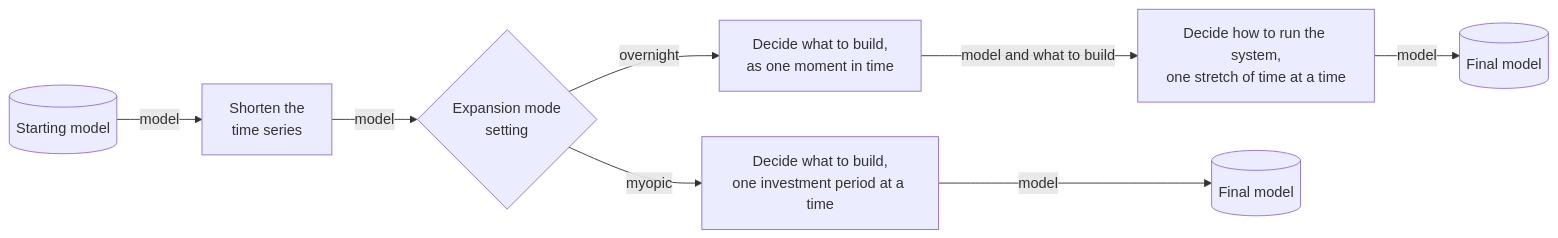
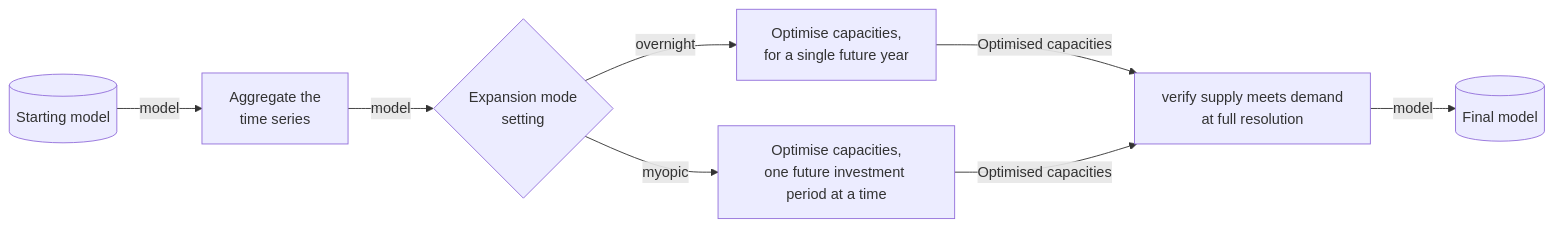
Before and after one commit to manta-plan/manta: the first of 2 diagrams in docs/user-guide/playbooks.md, drawn with Mermaid. The commit also changed other lines of this file and 6 other files, not shown here.

````diff
--- a/docs/user-guide/playbooks.md
+++ b/docs/user-guide/playbooks.md
@@ -20,10 +20,10 @@
 ```mermaid
 flowchart LR
-    start[("Starting model")] -- model --> cluster["Shorten the<br/>time series"]
+    start[("Starting model")] -- model --> cluster["Aggregate the<br/>time series"]
     cluster -- model --> mode{"Expansion mode<br/>setting"}
-    mode -- overnight --> overnight["Decide what to build,<br/>as one moment in time"]
-    mode -- myopic --> myopic["Decide what to build,<br/>one investment period at a time"]
-    overnight -- "model and what to build" --> dispatch["Decide how to run the system,<br/>one stretch of time at a time"]
-    dispatch -- model --> done1[("Final model")]
-    myopic -- model --> done2[("Final model")]
+    mode -- overnight --> overnight["Optimise capacities,<br/>for a single future year"]
+    mode -- myopic --> myopic["Optimise capacities,<br/>one future investment period at a time"]
+    overnight -- "Optimised capacities" --> dispatch["verify supply meets demand<br/>at full resolution"]
+    myopic -- "Optimised capacities" --> dispatch["verify supply meets demand<br/>at full resolution"]
+    dispatch -- model --> done[("Final model")]
 ```
````
